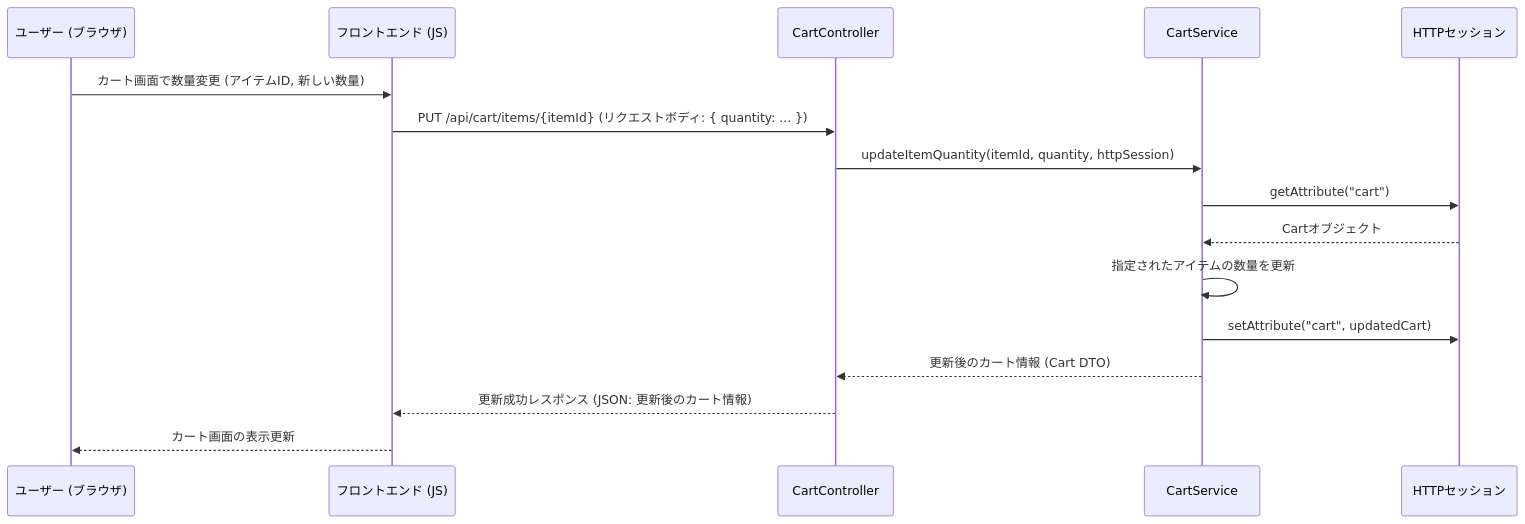
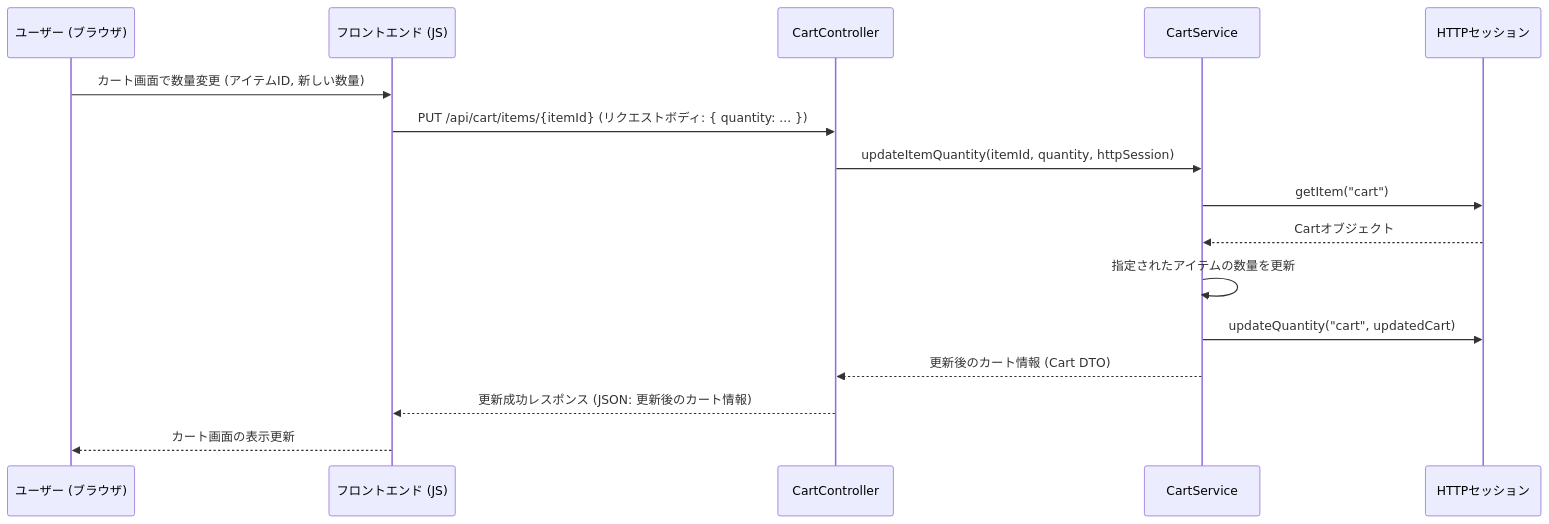
Before and after one commit to Hinako-Kimura127/neko: the fifth of 12 diagrams in 詳細設計/詳細設計.md, drawn with Mermaid. The commit also changed other lines of this file, not shown here.

```diff
--- a/詳細設計/詳細設計.md
+++ b/詳細設計/詳細設計.md
@@ -218,19 +218,19 @@
 <div class="mermaid">
 sequenceDiagram
     participant User as ユーザー (ブラウザ)
     participant FE as フロントエンド (JS)
     participant CartController
     participant CartService
     participant HttpSession as HTTPセッション
  
     User->>FE: カート画面で数量変更 (アイテムID, 新しい数量)
     FE->>CartController: PUT /api/cart/items/{itemId} (リクエストボディ: { quantity: ... })
     CartController->>CartService: updateItemQuantity(itemId, quantity, httpSession)
-    CartService->>HttpSession: getAttribute("cart")
+    CartService->>HttpSession: getItem("cart")
     HttpSession-->>CartService: Cartオブジェクト
     CartService->>CartService: 指定されたアイテムの数量を更新
-    CartService->>HttpSession: setAttribute("cart", updatedCart)
+    CartService->>HttpSession: updateQuantity("cart", updatedCart)
     CartService-->>CartController: 更新後のカート情報 (Cart DTO)
     CartController-->>FE: 更新成功レスポンス (JSON: 更新後のカート情報)
     FE-->>User: カート画面の表示更新
 </div>
```
